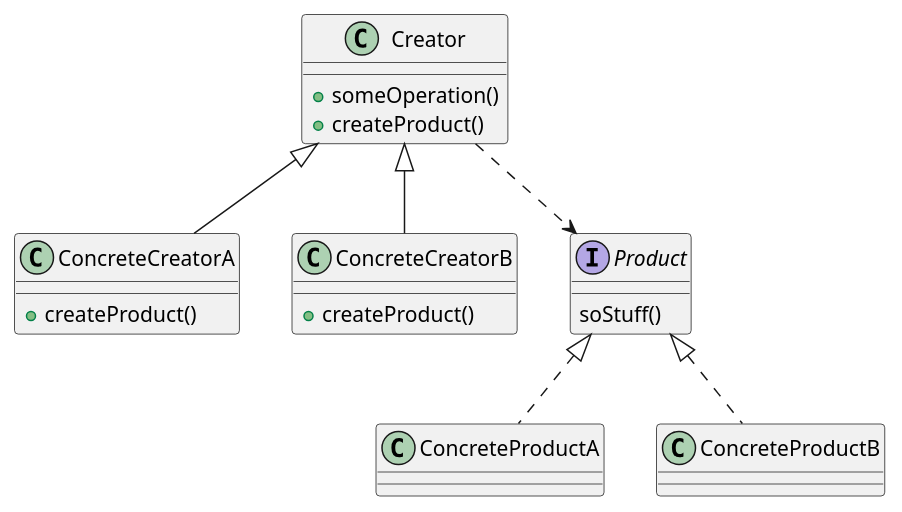
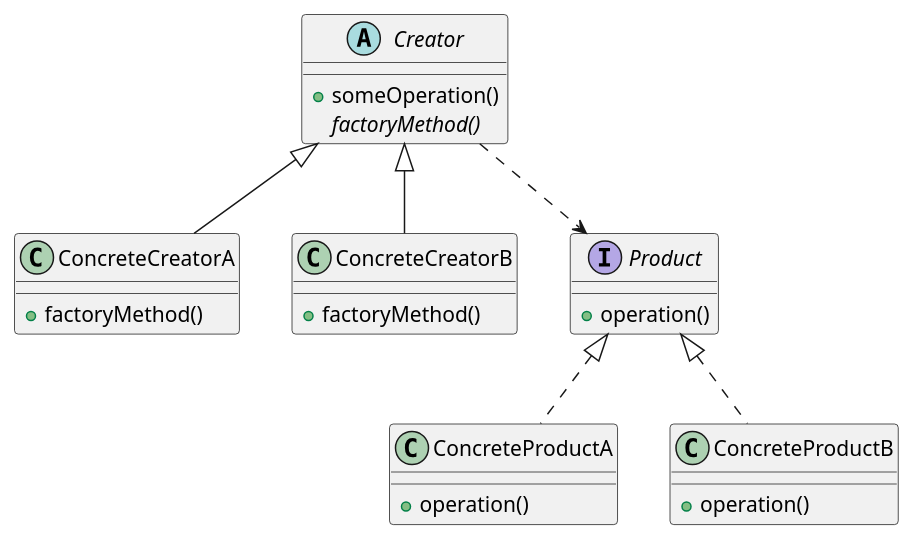
Before and after one commit to anorak21game/TypeScript: the diagram in CreationalPatterns/FactoryMethod/doc/FactoryMethod.puml, drawn with PlantUML. The commit also changed 2648 other files, not shown here.

```diff
--- a/CreationalPatterns/FactoryMethod/doc/FactoryMethod.puml
+++ b/CreationalPatterns/FactoryMethod/doc/FactoryMethod.puml
@@ -1,33 +1,33 @@
 @startuml FactoryMethod
 
-class Creator {
+abstract Creator {
     +someOperation()
-    +createProduct()
+    {abstract} factoryMethod()
 }
 
 class ConcreteCreatorA {
-    +createProduct()
+    +factoryMethod()
 }
 
 class ConcreteCreatorB {
-    +createProduct()
+    +factoryMethod()
 }
 
 interface Product {
-    soStuff()
+    +operation()
 }
 
 class ConcreteProductA {
-
+    +operation()
 }
 
 class ConcreteProductB {
-    
+    +operation()
 }
 
 Creator <|-- ConcreteCreatorA
 Creator <|-- ConcreteCreatorB
 Creator ..> Product
 Product <|.. ConcreteProductA
 Product <|.. ConcreteProductB
 @enduml
```
